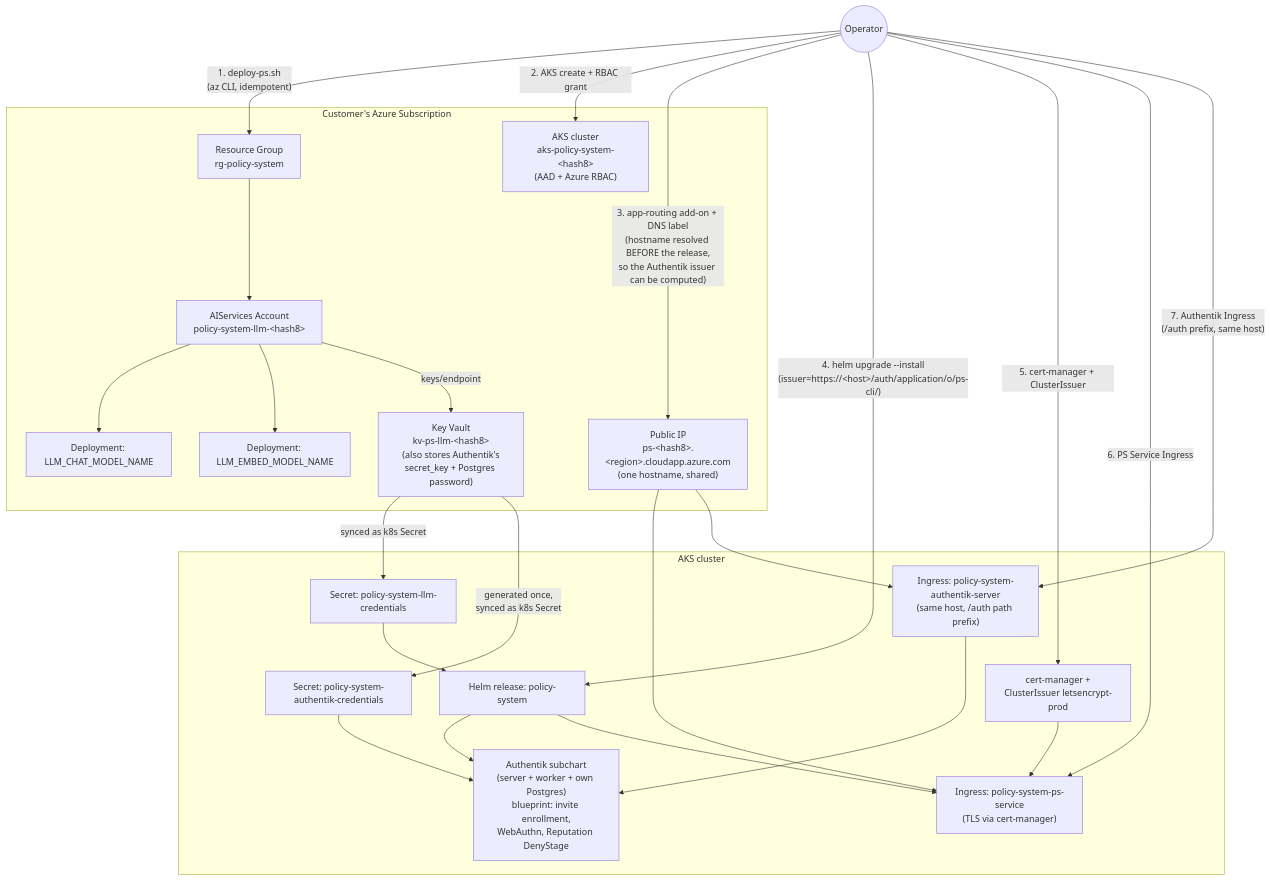
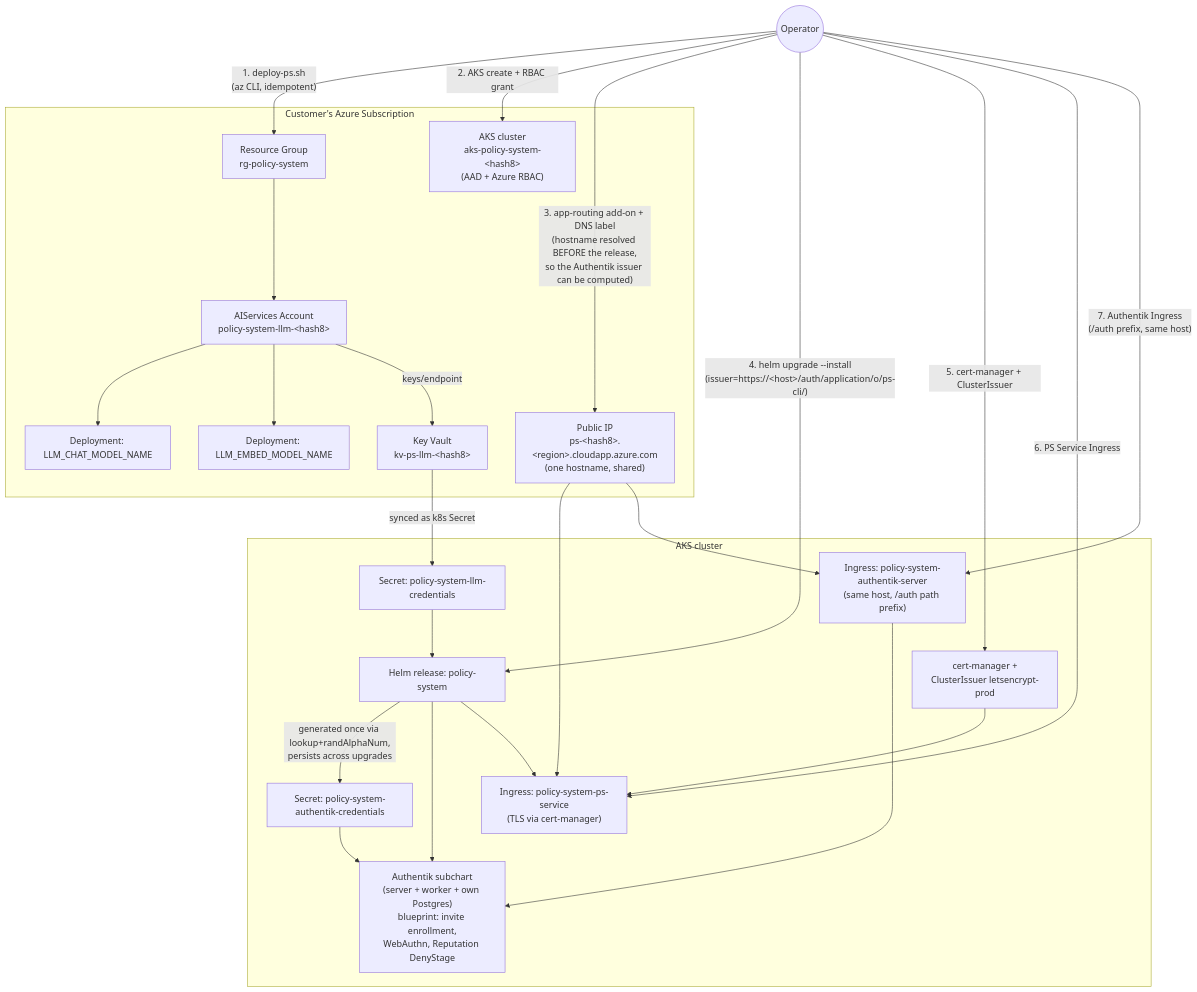
One commit to mindovermachine-dev/policy-system changed the diagram in docs/architecture/customer-azure-deployment.md. Above: the diagram before and after it, drawn with Mermaid. The commit also changed other lines of this file and 21 other files, not shown here.

First line of the commit message:
fix(helm/deploy-ps): generate authentik and signing-postgres secrets locally - resolves #159

````diff
--- a/docs/architecture/customer-azure-deployment.md
+++ b/docs/architecture/customer-azure-deployment.md
@@ -82,45 +82,45 @@
 ```mermaid
 graph TB
     Operator((Operator))
 
     subgraph Azure["Customer's Azure Subscription"]
         RG["Resource Group\nrg-policy-system"]
         AIS["AIServices Account\npolicy-system-llm-&lt;hash8&gt;"]
         Dep1["Deployment: LLM_CHAT_MODEL_NAME"]
         Dep2["Deployment: LLM_EMBED_MODEL_NAME"]
-        KV["Key Vault\nkv-ps-llm-&lt;hash8&gt;\n(also stores Authentik's\nsecret_key + Postgres password)"]
+        KV["Key Vault\nkv-ps-llm-&lt;hash8&gt;"]
         AKS["AKS cluster\naks-policy-system-&lt;hash8&gt;\n(AAD + Azure RBAC)"]
         PublicIP["Public IP\nps-&lt;hash8&gt;.&lt;region&gt;.cloudapp.azure.com\n(one hostname, shared)"]
     end
 
     subgraph Cluster["AKS cluster"]
         Secret["Secret: policy-system-llm-credentials"]
         AuthSecret["Secret: policy-system-authentik-credentials"]
         Authentik["Authentik subchart\n(server + worker + own Postgres)\nblueprint: invite enrollment,\nWebAuthn, Reputation DenyStage"]
         Release["Helm release: policy-system"]
         CertMgr["cert-manager +\nClusterIssuer letsencrypt-prod"]
         IngressPS["Ingress: policy-system-ps-service\n(TLS via cert-manager)"]
         IngressAuth["Ingress: policy-system-authentik-server\n(same host, /auth path prefix)"]
     end
 
     Operator -- "1. deploy-ps.sh\n(az CLI, idempotent)" --> RG
     RG --> AIS --> Dep1
     AIS --> Dep2
     AIS -- "keys/endpoint" --> KV
     Operator -- "2. AKS create + RBAC grant" --> AKS
     KV -- "synced as k8s Secret" --> Secret
-    KV -- "generated once,\nsynced as k8s Secret" --> AuthSecret
-    AuthSecret --> Authentik
     Operator -- "3. app-routing add-on + DNS label\n(hostname resolved BEFORE the release,\nso the Authentik issuer can be computed)" --> PublicIP
     Operator -- "4. helm upgrade --install\n(issuer=https://&lt;host&gt;/auth/application/o/ps-cli/)" --> Release
     Secret --> Release
+    Release -- "generated once via lookup+randAlphaNum,\npersists across upgrades" --> AuthSecret
+    AuthSecret --> Authentik
     Release --> Authentik
     Operator -- "5. cert-manager + ClusterIssuer" --> CertMgr
     Operator -- "6. PS Service Ingress" --> IngressPS
     Operator -- "7. Authentik Ingress\n(/auth prefix, same host)" --> IngressAuth
     PublicIP --> IngressPS
     PublicIP --> IngressAuth
     CertMgr --> IngressPS
     Release --> IngressPS
     IngressAuth --> Authentik
 ```
````
